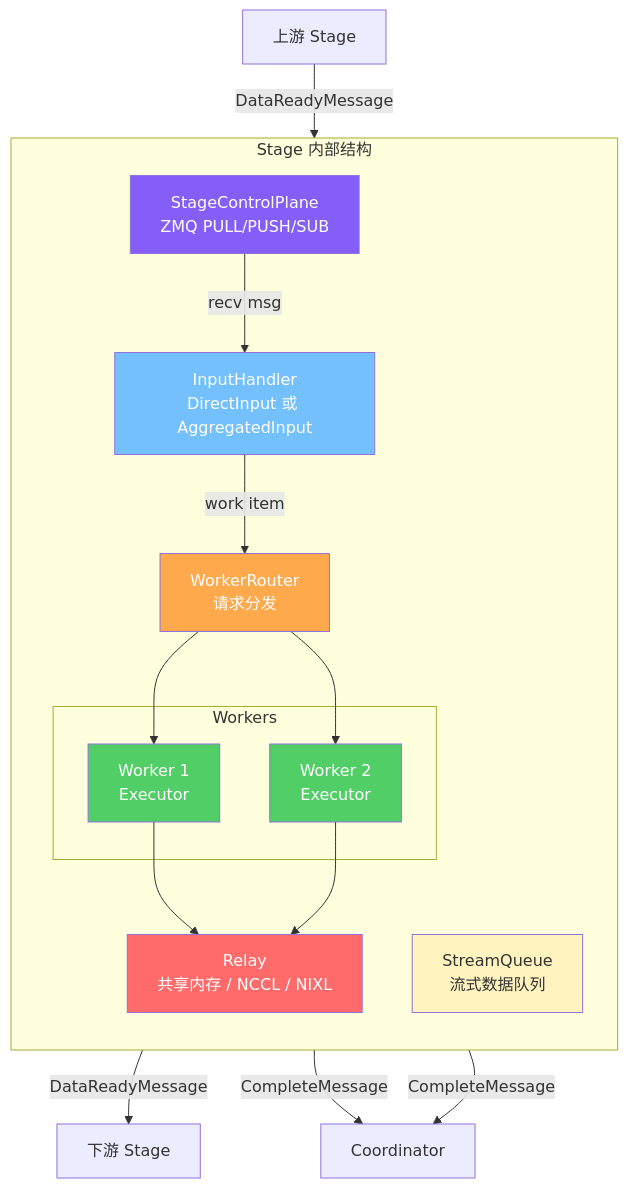
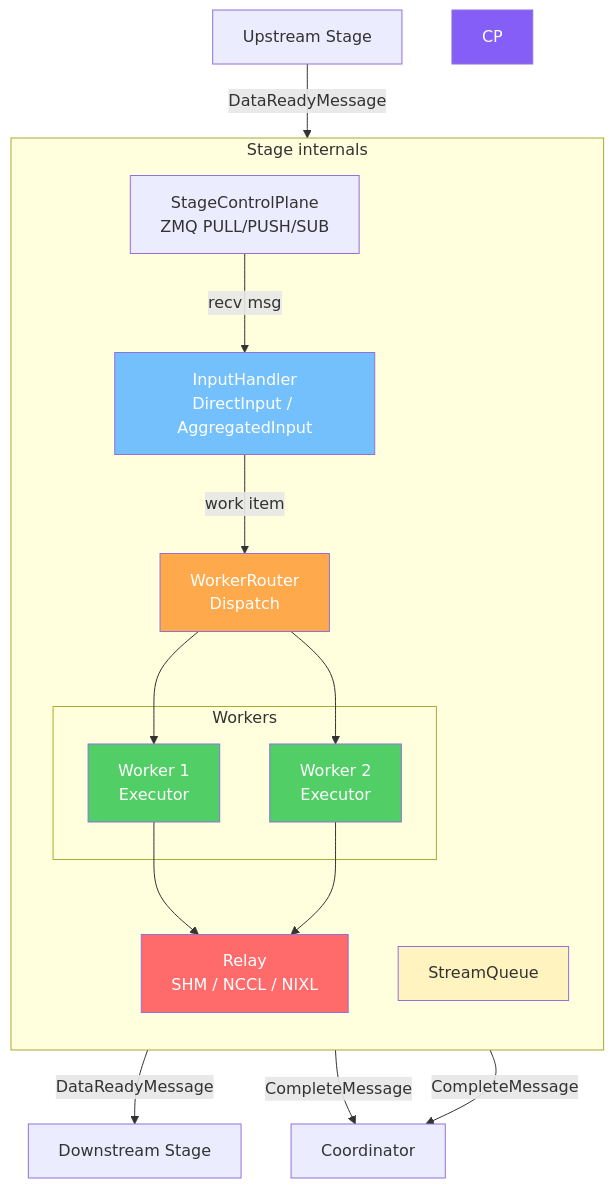
One commit to zhaochenyang20/Awesome-ML-SYS-Tutorial changed diagram 15 of 31 in sglang/sglang-omni/README.md. Above: the diagram before and after it, drawn with Mermaid. The commit also changed other lines of this file, not shown here.

First line of the commit message:
style: use English in all Mermaid diagrams, fix broken links, simplify oversized charts

````diff
--- a/sglang/sglang-omni/README.md
+++ b/sglang/sglang-omni/README.md
@@ -751,33 +686,33 @@
 ```mermaid
 graph TB
-    subgraph Stage["Stage 内部结构"]
+    subgraph Stage["Stage internals"]
         direction TB
-        CP["StageControlPlane<br/>ZMQ PULL/PUSH/SUB"]
-        IH["InputHandler<br/>DirectInput 或 AggregatedInput"]
-        Router["WorkerRouter<br/>请求分发"]
-        Relay["Relay<br/>共享内存 / NCCL / NIXL"]
-        SQ["StreamQueue<br/>流式数据队列"]
+        SCP["StageControlPlane<br/>ZMQ PULL/PUSH/SUB"]
+        IH["InputHandler<br/>DirectInput / AggregatedInput"]
+        Router["WorkerRouter<br/>Dispatch"]
+        Relay["Relay<br/>SHM / NCCL / NIXL"]
+        SQ["StreamQueue"]
 
         subgraph Workers["Workers"]
             W1["Worker 1<br/>Executor"]
             W2["Worker 2<br/>Executor"]
         end
 
-        CP --> |"recv msg"| IH
+        SCP --> |"recv msg"| IH
         IH --> |"work item"| Router
         Router --> W1 & W2
         W1 & W2 --> Relay
     end
 
-    Upstream["上游 Stage"] --> |"DataReadyMessage"| CP
-    Relay --> |"DataReadyMessage"| Downstream["下游 Stage"]
+    Upstream["Upstream Stage"] --> |"DataReadyMessage"| SCP
+    Relay --> |"DataReadyMessage"| Downstream["Downstream Stage"]
     W1 & W2 --> |"CompleteMessage"| Coord["Coordinator"]
 
     style CP fill:#845ef7,color:#fff
     style IH fill:#74c0fc,color:#fff
     style Router fill:#ffa94d,color:#fff
     style Relay fill:#ff6b6b,color:#fff
     style SQ fill:#fff3bf,color:#333
     style W1 fill:#51cf66,color:#fff
     style W2 fill:#51cf66,color:#fff
 ```
````
